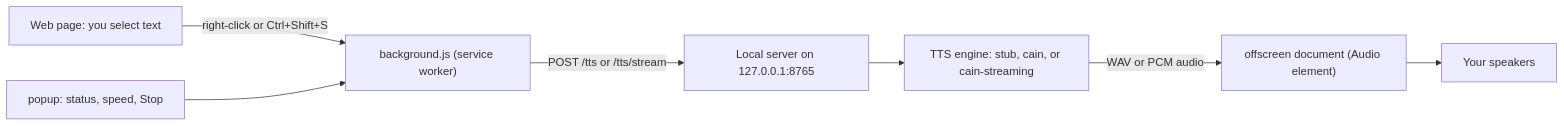
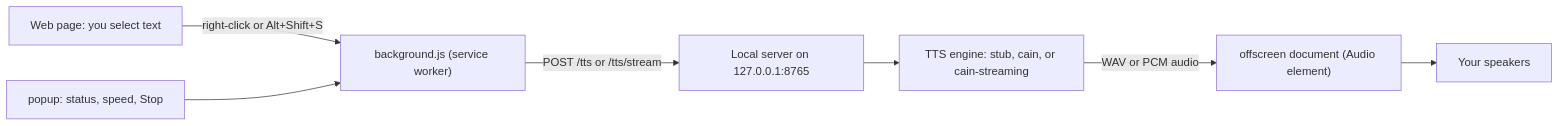
Before and after one commit to TheTravisM/Stay_Awhile_And_Listen: the diagram in README.md, drawn with Mermaid. The commit also changed other lines of this file and 2 other files, not shown here.

Commit message:
Extension: rebind hotkey to Alt+Shift+S

````diff
--- a/README.md
+++ b/README.md
@@ -31,9 +31,9 @@
 ```mermaid
 flowchart LR
-    P["Web page: you select text"] -->|"right-click or Ctrl+Shift+S"| BG["background.js (service worker)"]
+    P["Web page: you select text"] -->|"right-click or Alt+Shift+S"| BG["background.js (service worker)"]
     BG -->|"POST /tts or /tts/stream"| SRV["Local server on 127.0.0.1:8765"]
     SRV --> ENG["TTS engine: stub, cain, or cain-streaming"]
     ENG -->|"WAV or PCM audio"| OFF["offscreen document (Audio element)"]
     OFF --> SPK["Your speakers"]
     POP["popup: status, speed, Stop"] --> BG
 ```
````
